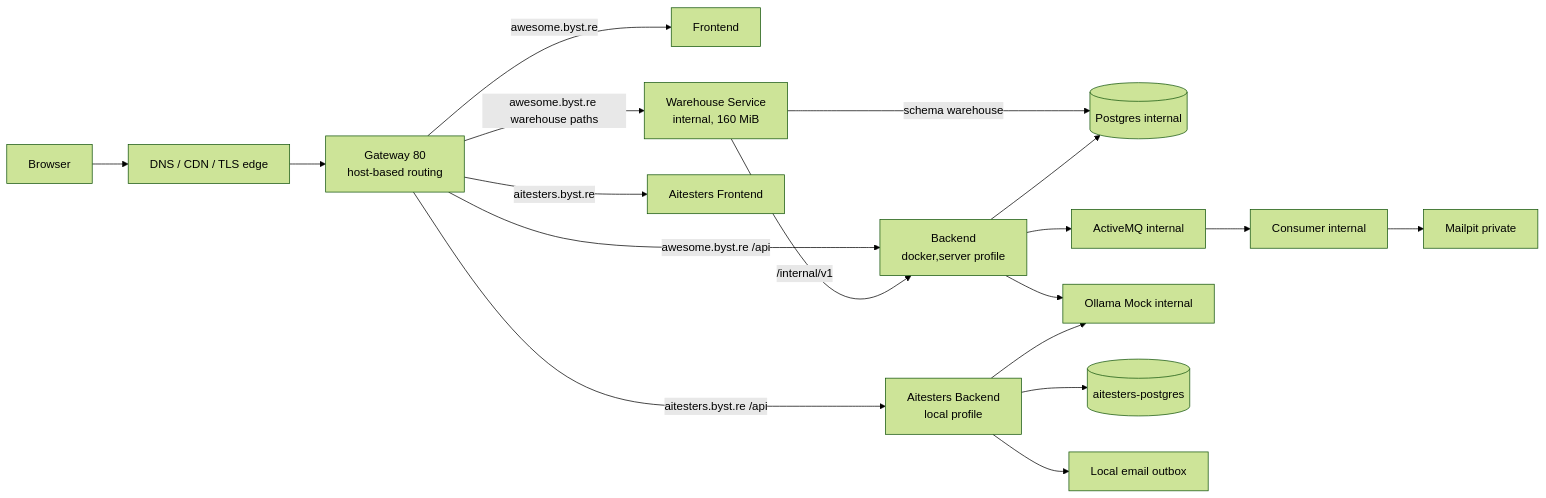
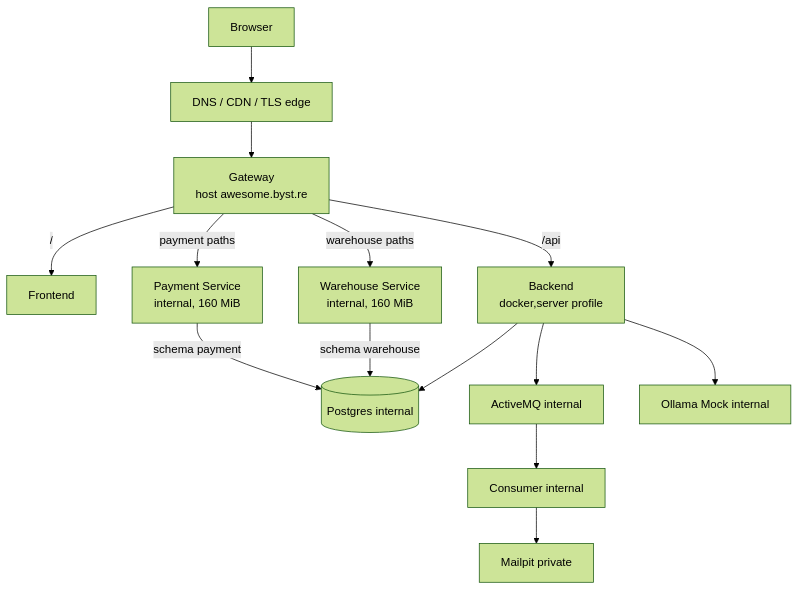
Before and after one commit to slawekradzyminski/awesome-localstack: the fourth of 5 diagrams in docs/PROFILE_URLS.md, drawn with Mermaid (forest theme). The commit also changed other lines of this file and 89 other files, not shown here.

First line of the commit message:
Commerce wave 3: payment-service, tracking, backend 3.15.0, frontend 3.12.0, docs wiki (#81)

````diff
--- a/docs/PROFILE_URLS.md
+++ b/docs/PROFILE_URLS.md
@@ -76,22 +88,13 @@
 ```mermaid
-flowchart LR
-    U[Browser] --> CF[DNS / CDN / TLS edge]
-    CF --> G[Gateway 80<br/>host-based routing]
-
-    G -->|awesome.byst.re| F[Frontend]
-    G -->|awesome.byst.re /api| B[Backend<br/>docker,server profile]
-    G -->|awesome.byst.re warehouse paths| W[Warehouse Service<br/>internal, 160 MiB]
-    W -->|/internal/v1| B
+flowchart TB
+    U[Browser] --> CF[DNS / CDN / TLS edge] --> G[Gateway<br/>host awesome.byst.re]
+    G -->|/| F[Frontend]
+    G -->|/api| B[Backend<br/>docker,server profile]
+    G -->|warehouse paths| W[Warehouse Service<br/>internal, 160 MiB]
+    G -->|payment paths| PS[Payment Service<br/>internal, 160 MiB]
+    B --> DB[(Postgres internal)]
     W -->|schema warehouse| DB
-    B --> DB[(Postgres internal)]
-    B --> MQ[ActiveMQ internal]
-    MQ --> C[Consumer internal]
-    C --> MH[Mailpit private]
+    PS -->|schema payment| DB
+    B --> MQ[ActiveMQ internal] --> C[Consumer internal] --> MH[Mailpit private]
     B --> O[Ollama Mock internal]
-
-    G -->|aitesters.byst.re| AF[Aitesters Frontend]
-    G -->|aitesters.byst.re /api| AB[Aitesters Backend<br/>local profile]
-    AB --> APG[(aitesters-postgres)]
-    AB --> LO[Local email outbox]
-    AB --> O
 ```
````
